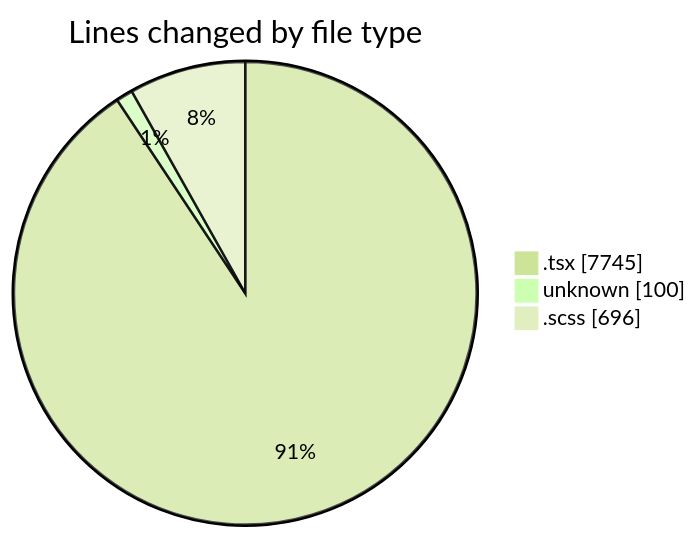
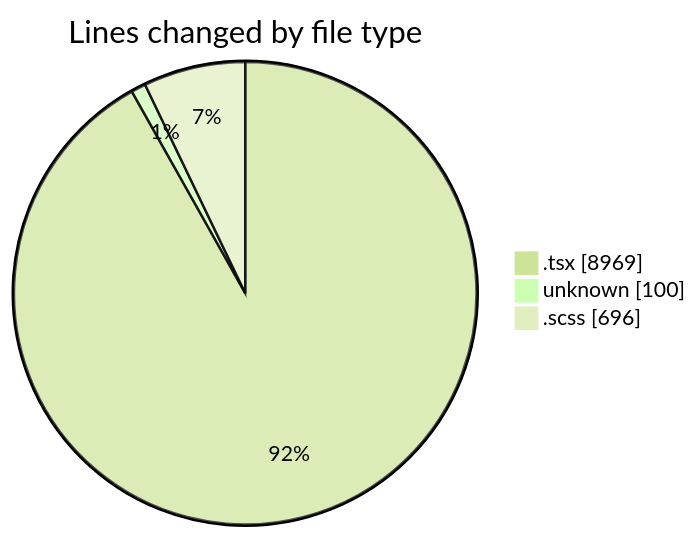
The first of 2 diagrams in 2025-12-05/cda/README.md (momahboobian/code-tracking), drawn with Mermaid (forest theme) before and after one commit. The commit also changed other lines of this file and 1 other file, not shown here.

````diff
--- a/2025-12-05/cda/README.md
+++ b/2025-12-05/cda/README.md
@@ -34,7 +36,7 @@
 ```mermaid
 pie showData
 title Lines changed by file type
-".tsx" : 7745
+".tsx" : 8969
 "unknown" : 100
 ".scss" : 696
 ```
````
